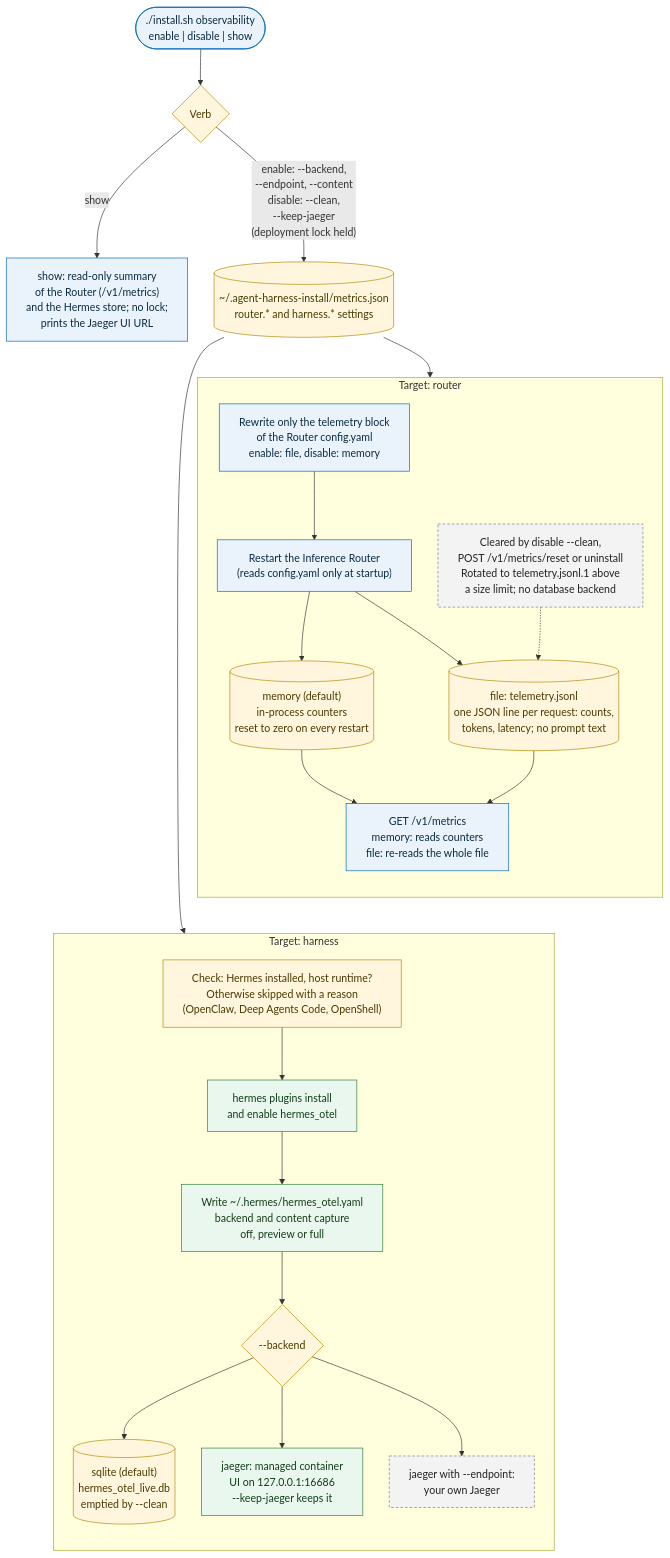
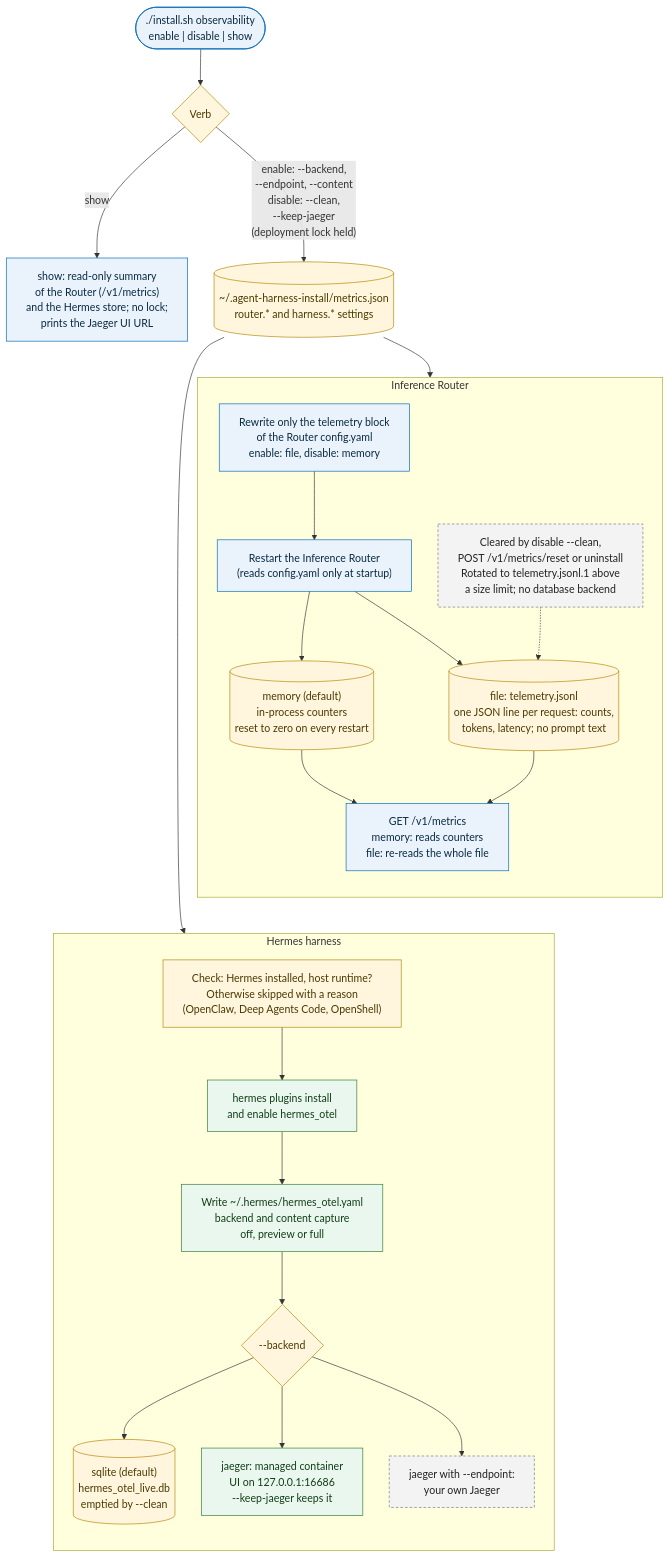
Before and after one commit to open-edge-platform/edge-ai-libraries: the third of 4 diagrams in frameworks/agent-harness-install/README.md, drawn with Mermaid. The commit also changed 2 other files, not shown here.

Commit message:
docs(agent-harness): clarify telemetry component wording

````diff
--- a/frameworks/agent-harness-install/README.md
+++ b/frameworks/agent-harness-install/README.md
@@ -196,52 +196,52 @@
 ```mermaid
 %%{init: {"flowchart": {"wrappingWidth": 420, "nodeSpacing": 40, "rankSpacing": 55, "curve": "basis"}}}%%
 flowchart TD
     classDef step fill:#EAF3FB,stroke:#0068B5,color:#0A2A43
     classDef decision fill:#FFF6DD,stroke:#B38600,color:#4A3900
     classDef agent fill:#EAF7EE,stroke:#2E7D32,color:#123D17
     classDef store fill:#FFF6DD,stroke:#B38600,color:#4A3900
     classDef ext fill:#F3F3F3,stroke:#777777,color:#222222,stroke-dasharray: 4 3
 
     CMD(["./install.sh observability<br/>enable | disable | show"]):::step
     LOCK{"Verb"}:::decision
     SHOWN["show: read-only summary<br/>of the Router (/v1/metrics)<br/>and the Hermes store; no lock;<br/>prints the Jaeger UI URL"]:::step
     STATE[("~/.agent-harness-install/metrics.json<br/>router.* and harness.* settings")]:::store
 
     CMD --> LOCK
     LOCK -- "show" --> SHOWN
     LOCK -- "enable: --backend,<br/>--endpoint, --content<br/>disable: --clean,<br/>--keep-jaeger<br/>(deployment lock held)" --> STATE
 
-    subgraph RT["Target: router"]
+    subgraph RT["Inference Router"]
         direction TB
         RCFG["Rewrite only the telemetry block<br/>of the Router config.yaml<br/>enable: file, disable: memory"]:::step
         RIR["Restart the Inference Router<br/>(reads config.yaml only at startup)"]:::step
         RMEM[("memory (default)<br/>in-process counters<br/>reset to zero on every restart")]:::store
         RJSONL[("file: telemetry.jsonl<br/>one JSON line per request: counts,<br/>tokens, latency; no prompt text")]:::store
         RAPI["GET /v1/metrics<br/>memory: reads counters<br/>file: re-reads the whole file"]:::step
         RCLR["Cleared by disable --clean,<br/>POST /v1/metrics/reset or uninstall<br/>Rotated to telemetry.jsonl.1 above<br/>a size limit; no database backend"]:::ext
         RCFG --> RIR
         RIR --> RMEM
         RIR --> RJSONL
         RMEM --> RAPI
         RJSONL --> RAPI
         RCLR -.-> RJSONL
     end
     STATE --> RCFG
 
-    subgraph HT["Target: harness"]
+    subgraph HT["Hermes harness"]
         direction TB
         HCHK["Check: Hermes installed, host runtime?<br/>Otherwise skipped with a reason<br/>(OpenClaw, Deep Agents Code, OpenShell)"]:::decision
         HPLUG["hermes plugins install<br/>and enable hermes_otel"]:::agent
         HCFG["Write ~/.hermes/hermes_otel.yaml<br/>backend and content capture<br/>off, preview or full"]:::agent
         HBE{"--backend"}:::decision
         HSQL[("sqlite (default)<br/>hermes_otel_live.db<br/>emptied by --clean")]:::store
         HJ["jaeger: managed container<br/>UI on 127.0.0.1:16686<br/>--keep-jaeger keeps it"]:::agent
         HO["jaeger with --endpoint:<br/>your own Jaeger"]:::ext
         HCHK --> HPLUG --> HCFG --> HBE
         HBE --> HSQL
         HBE --> HJ
         HBE --> HO
     end
     RAPI ~~~ HCHK
     STATE --> HCHK
 ```
````
